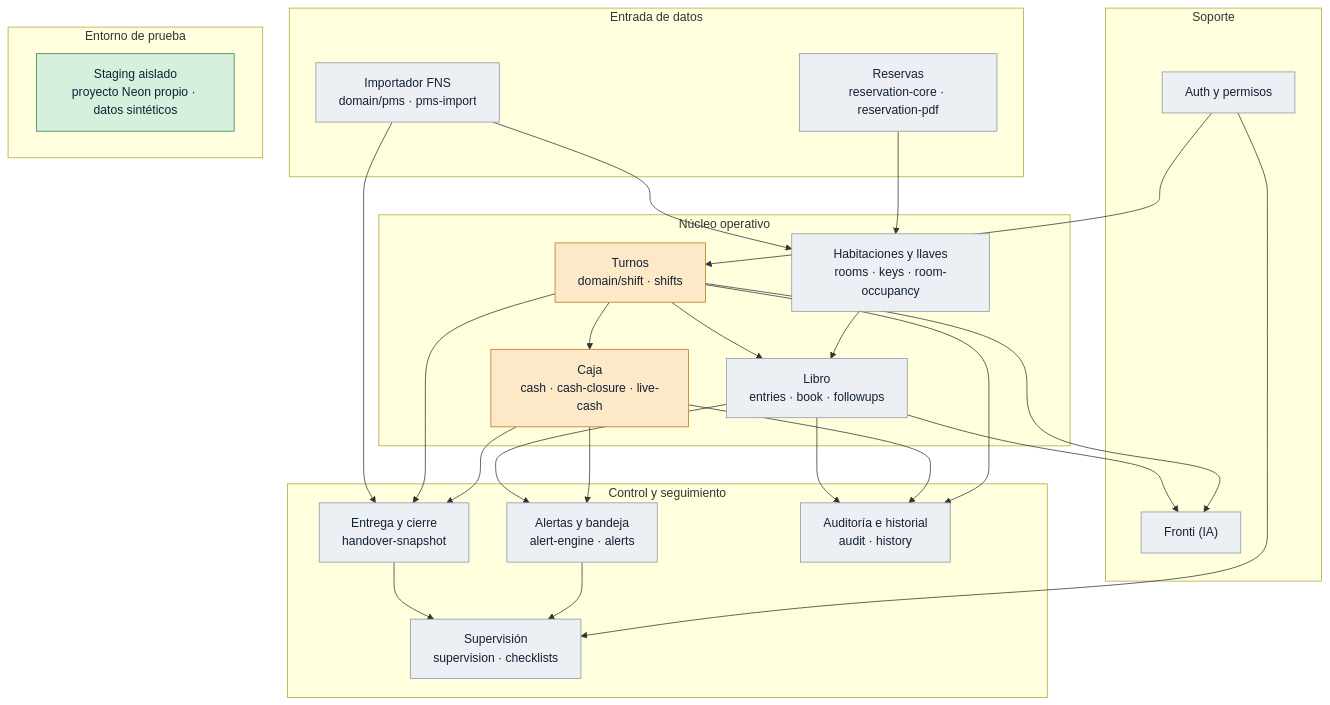
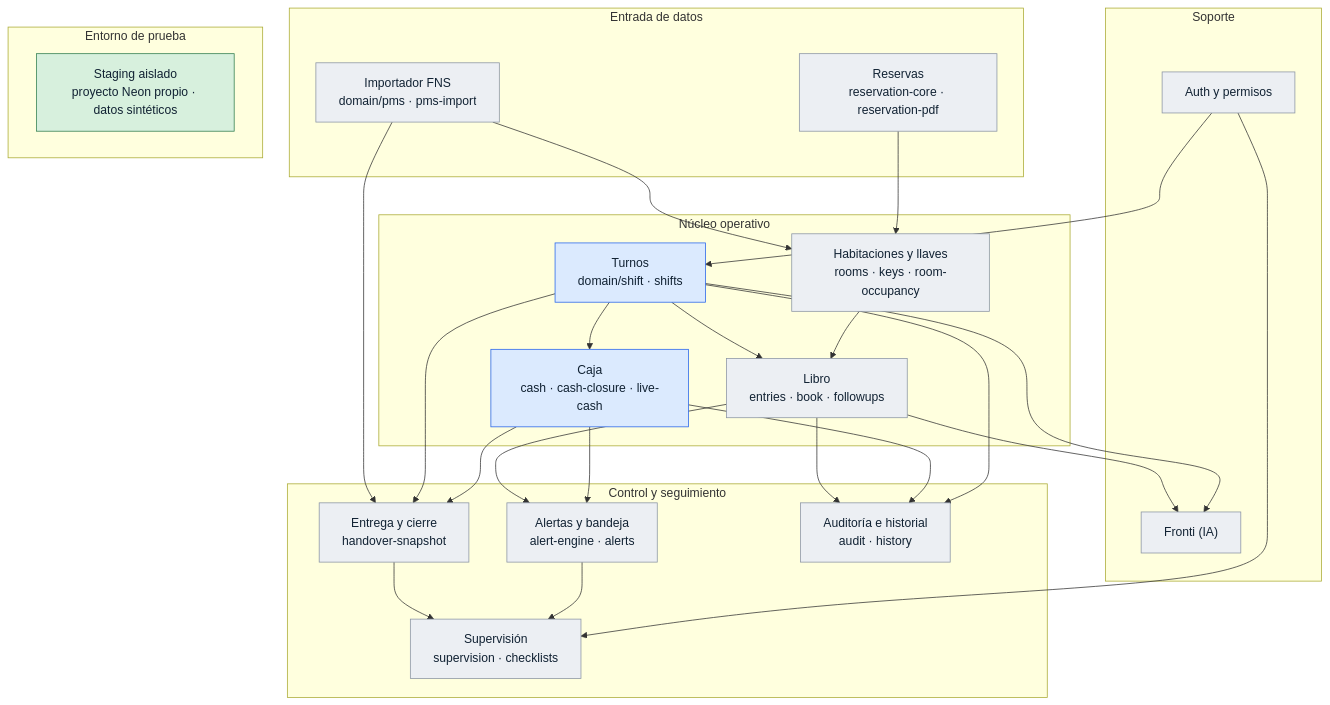
One commit to Ericklhc1/Libroderecepcion changed the diagram in PROJECT_PROGRESS.md. Above: the diagram before and after it, drawn with Mermaid. The commit also changed other lines of this file and 8 other files, not shown here.

````diff
--- a/PROJECT_PROGRESS.md
+++ b/PROJECT_PROGRESS.md
@@ -28,57 +28,57 @@
 ```mermaid
 graph TD
   subgraph Entrada["Entrada de datos"]
     PMS["Importador FNS<br/>domain/pms · pms-import"]
     RES["Reservas<br/>reservation-core · reservation-pdf"]
   end
 
   subgraph Nucleo["Núcleo operativo"]
     TURNO["Turnos<br/>domain/shift · shifts"]
     CAJA["Caja<br/>cash · cash-closure · live-cash"]
     LIBRO["Libro<br/>entries · book · followups"]
     HAB["Habitaciones y llaves<br/>rooms · keys · room-occupancy"]
   end
 
   subgraph Control["Control y seguimiento"]
     ENTREGA["Entrega y cierre<br/>handover-snapshot"]
     SUP["Supervisión<br/>supervision · checklists"]
     ALERTA["Alertas y bandeja<br/>alert-engine · alerts"]
     AUD["Auditoría e historial<br/>audit · history"]
   end
 
   subgraph Soporte["Soporte"]
     AUTH["Auth y permisos"]
     FRONTI["Fronti (IA)"]
   end
 
   subgraph Entorno["Entorno de prueba"]
     STG["Staging aislado<br/>proyecto Neon propio · datos sintéticos"]
   end
 
   PMS --> HAB
   PMS --> ENTREGA
   RES --> HAB
   TURNO --> LIBRO
   TURNO --> CAJA
   TURNO --> ENTREGA
   CAJA --> ENTREGA
   HAB --> LIBRO
   LIBRO --> ALERTA
   CAJA --> ALERTA
   ENTREGA --> SUP
   ALERTA --> SUP
   AUTH --> TURNO
   AUTH --> SUP
   LIBRO --> AUD
   CAJA --> AUD
   TURNO --> AUD
   LIBRO --> FRONTI
   TURNO --> FRONTI
 
   classDef val fill:#d7f0dd,stroke:#2f7d4f,color:#123
-  classDef diag fill:#fde9c8,stroke:#b5761a,color:#123
+  classDef dev fill:#dbeafe,stroke:#2563eb,color:#123
   classDef pend fill:#eceff3,stroke:#8a94a3,color:#123
   class STG val
-  class TURNO,CAJA diag
+  class TURNO,CAJA dev
   class PMS,RES,LIBRO,HAB,ENTREGA,SUP,ALERTA,AUD,AUTH,FRONTI pend
 ```
````
